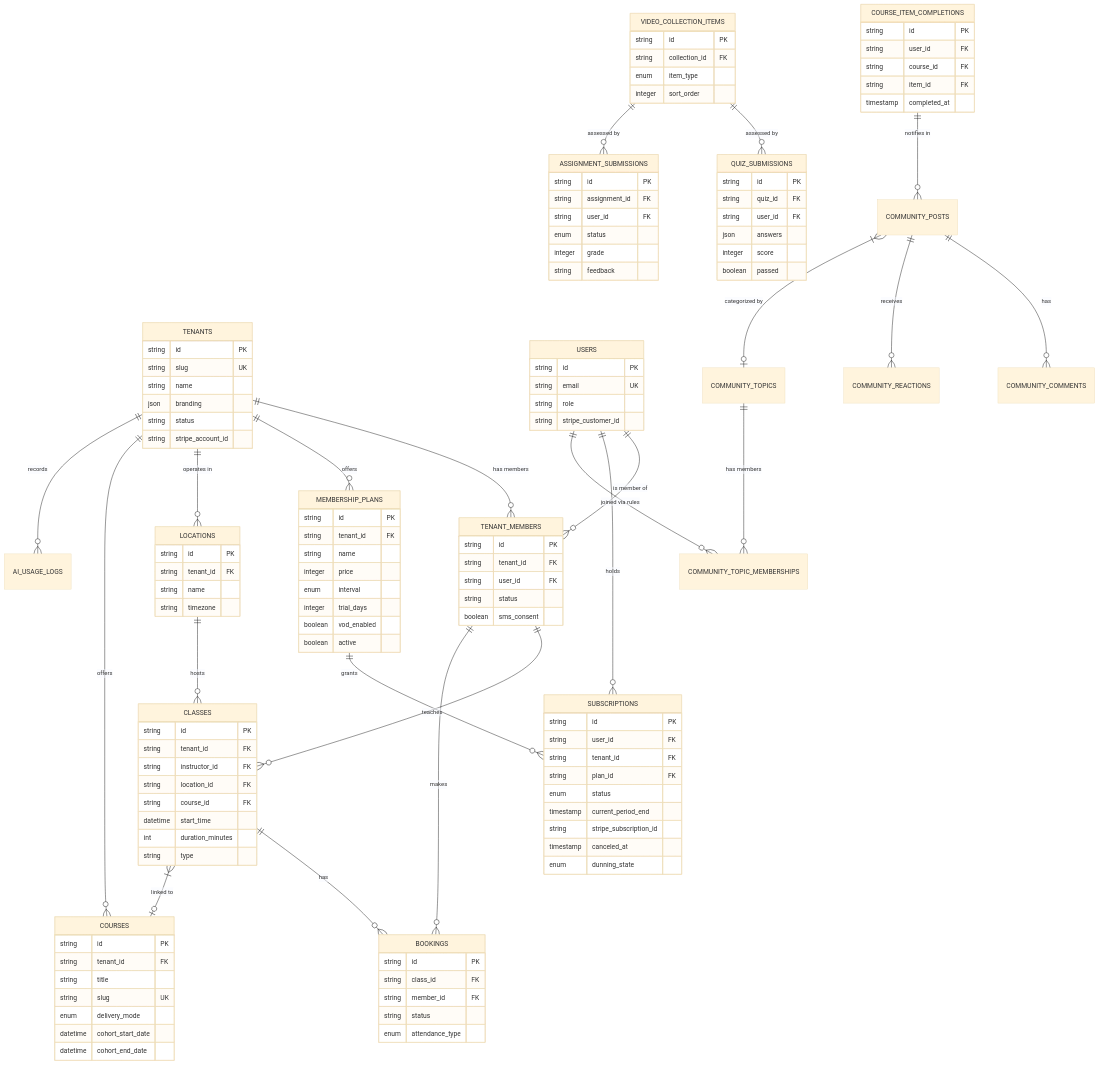
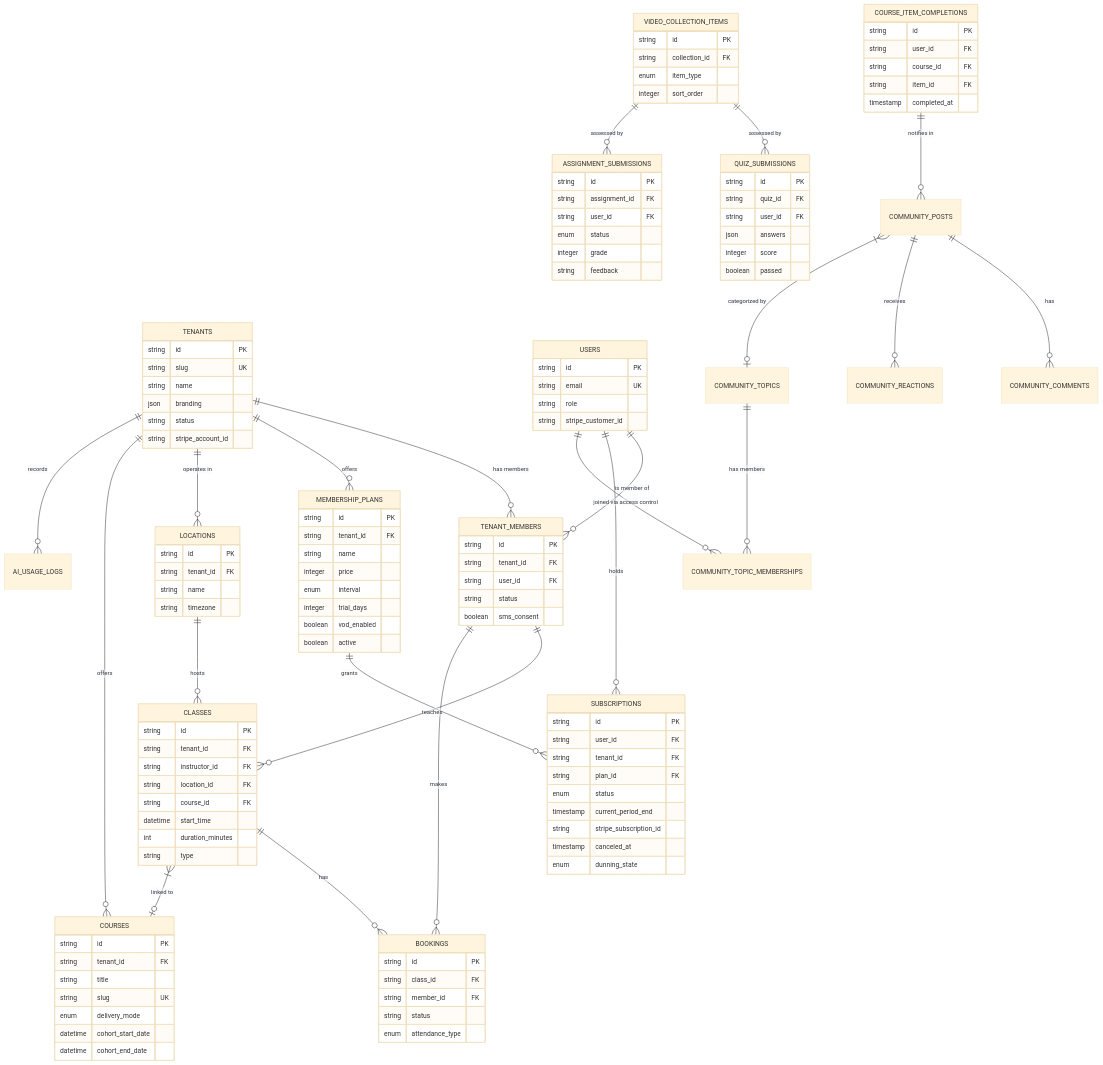
One commit to slichti/studio-platform-dev changed the fifth of 11 diagrams in docs/architecture.md. Above: the diagram before and after it, drawn with Mermaid (base theme). The commit also changed 1 other file, not shown here.

Commit message:
docs(community): update terminology to 'Access Control' for consistency

````diff
--- a/docs/architecture.md
+++ b/docs/architecture.md
@@ -371,6 +371,6 @@
     COMMUNITY_POSTS ||--o{ COMMUNITY_REACTIONS : "receives"
     COMMUNITY_POSTS }|--o| COMMUNITY_TOPICS : "categorized by"
     COMMUNITY_TOPICS ||--o{ COMMUNITY_TOPIC_MEMBERSHIPS : "has members"
-    USERS ||--o{ COMMUNITY_TOPIC_MEMBERSHIPS : "joined via rules"
+    USERS ||--o{ COMMUNITY_TOPIC_MEMBERSHIPS : "joined via access control"
     TENANTS ||--o{ AI_USAGE_LOGS : "records"
 ```
````
